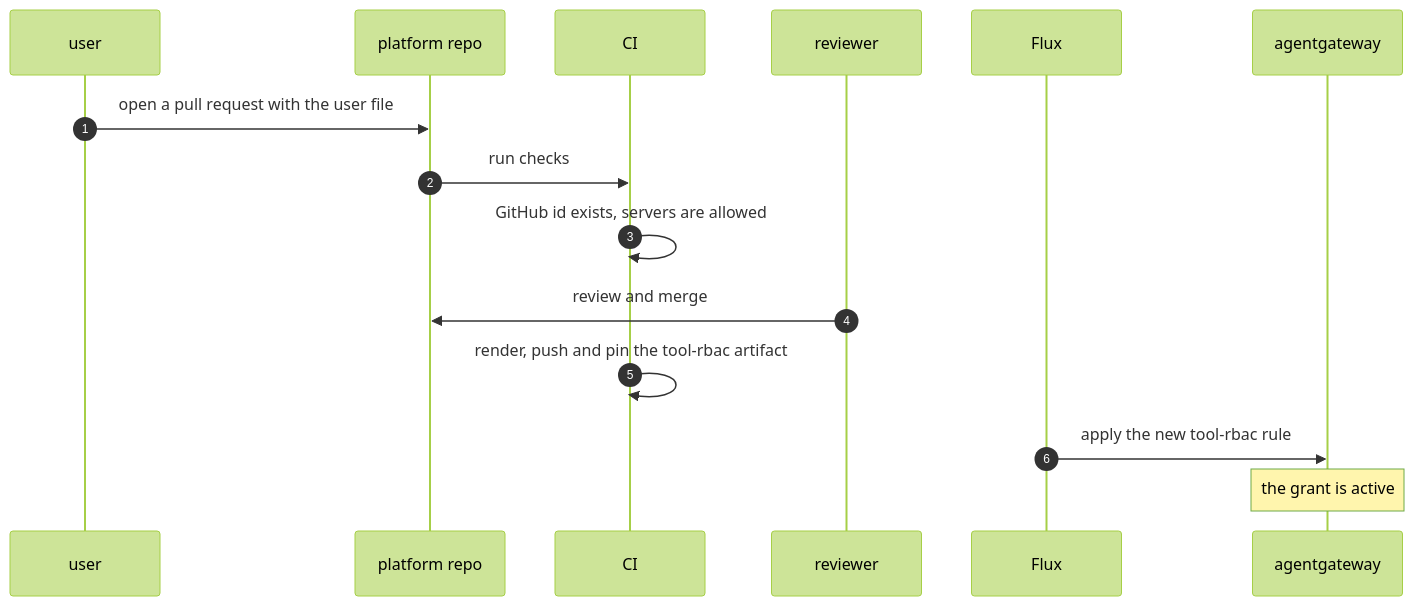
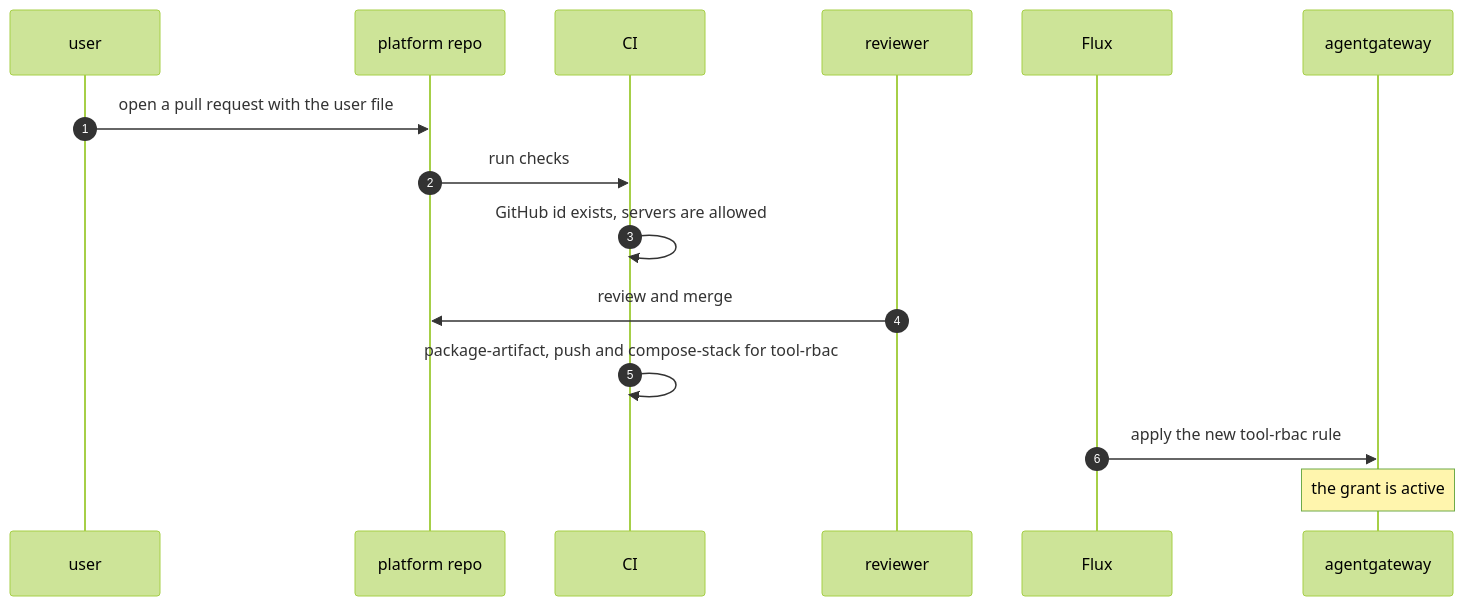
One commit to raghav19/engineersdaybook changed the first of 7 diagrams in code/mcp-sandbox/part-3-mcp-guardrails/docs/arch.md. Above: the diagram before and after it, drawn with Mermaid (forest theme). The commit also changed 14 other files, not shown here.

First line of the commit message:
Rename build and pin to package-artifact and compose-stack

````diff
--- a/code/mcp-sandbox/part-3-mcp-guardrails/docs/arch.md
+++ b/code/mcp-sandbox/part-3-mcp-guardrails/docs/arch.md
@@ -69,18 +69,18 @@
 ```mermaid
 sequenceDiagram
     autonumber
     participant U as user
     participant R as platform repo
     participant CI as CI
     participant V as reviewer
     participant F as Flux
     participant G as agentgateway
 
     U->>R: open a pull request with the user file
     R->>CI: run checks
     CI->>CI: GitHub id exists, servers are allowed
     V->>R: review and merge
-    CI->>CI: render, push and pin the tool-rbac artifact
+    CI->>CI: package-artifact, push and compose-stack for tool-rbac
     F->>G: apply the new tool-rbac rule
     Note over G: the grant is active
 ```
````
